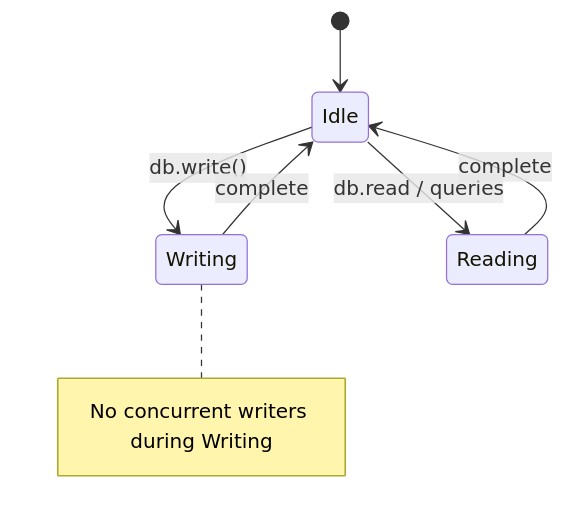
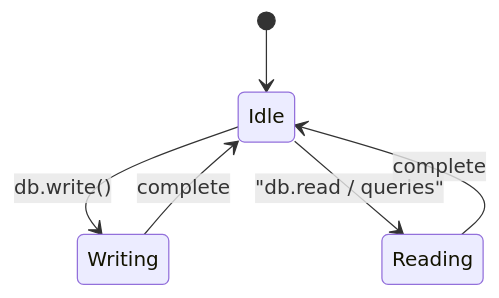
One commit to nwnichols02/melon-db changed the fourth of 4 diagrams in apps/docs/content/docs/architecture/index.mdx. Above: the diagram before and after it, drawn with Mermaid. The commit also changed other lines of this file and 10 other files, not shown here.

First line of the commit message:
Enhance Mermaid integration and update documentation

````diff
--- a/apps/docs/content/docs/architecture/index.mdx
+++ b/apps/docs/content/docs/architecture/index.mdx
@@ -130,12 +130,8 @@
 ```mermaid
 stateDiagram-v2
   [*] --> Idle
   Idle --> Writing: db.write()
   Writing --> Idle: complete
-  Idle --> Reading: db.read / queries
+  Idle --> Reading: "db.read / queries"
   Reading --> Idle: complete
-
-  note right of Writing
-    No concurrent writers during Writing
-  end note
 ```
````
